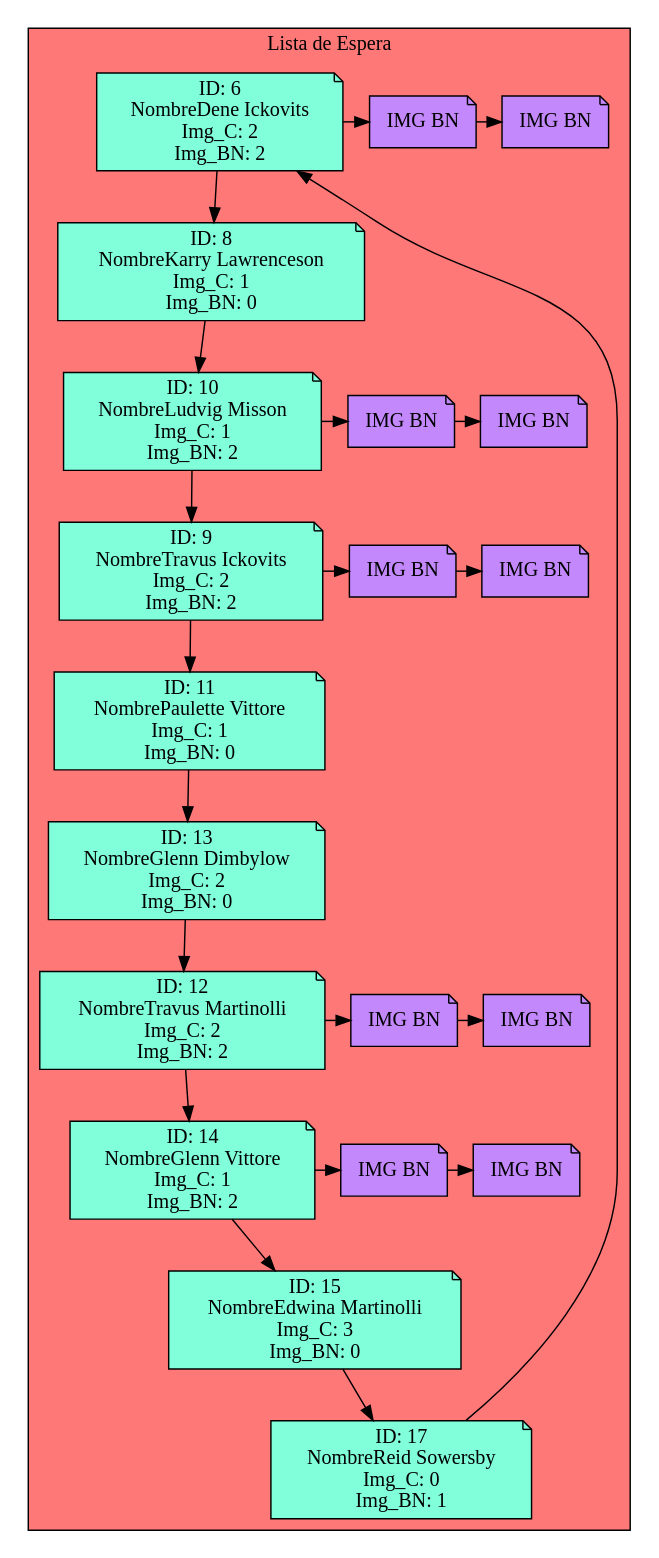
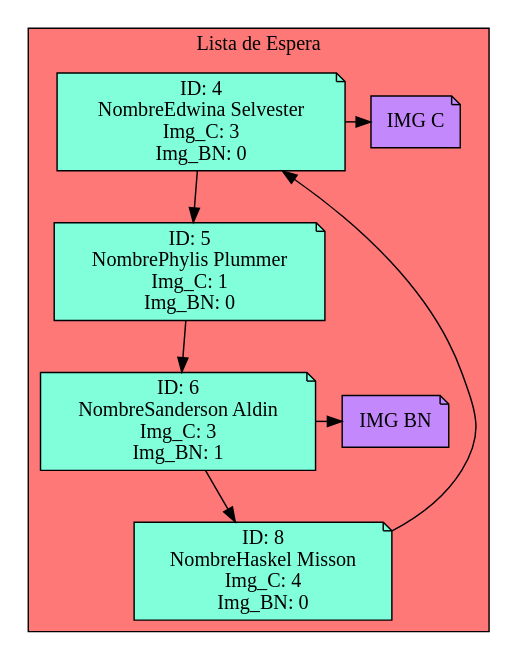
One commit to Serch-ING/EDD_UDRAWING_202000119 changed the diagram in Circular_Doble_espera.dot. Above: the diagram before and after it, drawn with Graphviz. The commit also changed 14 other files, not shown here.

```diff
--- a/Circular_Doble_espera.dot
+++ b/Circular_Doble_espera.dot
@@ -1,86 +1,36 @@
 digraph L {
 node[shape=note fillcolor="#A181FF" style =filled]
 subgraph cluster_p{
     label= "Lista de Espera "
     bgcolor = "#FF7878"
-Nodo422396878[label="ID: 6
-NombreDene Ickovits
-Img_C: 2
-Img_BN: 2",fillcolor="#81FFDA"]
-Nodo306115458[label="ID: 8
-NombreKarry Lawrenceson
+Nodo1201484275[label="ID: 4
+NombreEdwina Selvester
+Img_C: 3
+Img_BN: 0",fillcolor="#81FFDA"]
+Nodo306115458[label="ID: 5
+NombrePhylis Plummer
 Img_C: 1
 Img_BN: 0",fillcolor="#81FFDA"]
-Nodo369049246[label="ID: 10
-NombreLudvig Misson
-Img_C: 1
-Img_BN: 2",fillcolor="#81FFDA"]
-Nodo1608297024[label="ID: 9
-NombreTravus Ickovits
-Img_C: 2
-Img_BN: 2",fillcolor="#81FFDA"]
-Nodo1002021887[label="ID: 11
-NombrePaulette Vittore
-Img_C: 1
+Nodo369049246[label="ID: 6
+NombreSanderson Aldin
+Img_C: 3
+Img_BN: 1",fillcolor="#81FFDA"]
+Nodo1666607455[label="ID: 8
+NombreHaskel Misson
+Img_C: 4
 Img_BN: 0",fillcolor="#81FFDA"]
-Nodo899644639[label="ID: 13
-NombreGlenn Dimbylow
-Img_C: 2
-Img_BN: 0",fillcolor="#81FFDA"]
-Nodo1337335626[label="ID: 12
-NombreTravus Martinolli
-Img_C: 2
-Img_BN: 2",fillcolor="#81FFDA"]
-Nodo1803669141[label="ID: 14
-NombreGlenn Vittore
-Img_C: 1
-Img_BN: 2",fillcolor="#81FFDA"]
-Nodo232307208[label="ID: 15
-NombreEdwina Martinolli
-Img_C: 3
-Img_BN: 0",fillcolor="#81FFDA"]
-Nodo762476028[label="ID: 17
-NombreReid Sowersby
-Img_C: 0
-Img_BN: 1",fillcolor="#81FFDA"]
 
-Nodo422396878 -> Nodo306115458
-Nodo422396878->Nodo42239687800001
-Nodo42239687800001[label="IMG BN",fillcolor="#C388FC"]Nodo42239687800001->Nodo42239687800002
-Nodo42239687800002[label="IMG BN",fillcolor="#C388FC"]
-{rank=same;Nodo422396878,Nodo42239687800001,Nodo42239687800002}
+Nodo1201484275 -> Nodo306115458
+Nodo1201484275->Nodo120148427511111
+Nodo120148427511111[label="IMG C",fillcolor="#C388FC"]
+{rank=same;Nodo1201484275,Nodo120148427511111}
 Nodo306115458 -> Nodo369049246
 
 {rank=same;Nodo306115458}
-Nodo369049246 -> Nodo1608297024
+Nodo369049246 -> Nodo1666607455
 Nodo369049246->Nodo36904924600001
-Nodo36904924600001[label="IMG BN",fillcolor="#C388FC"]Nodo36904924600001->Nodo36904924600002
-Nodo36904924600002[label="IMG BN",fillcolor="#C388FC"]
-{rank=same;Nodo369049246,Nodo36904924600001,Nodo36904924600002}
-Nodo1608297024 -> Nodo1002021887
-Nodo1608297024->Nodo160829702400001
-Nodo160829702400001[label="IMG BN",fillcolor="#C388FC"]Nodo160829702400001->Nodo160829702400002
-Nodo160829702400002[label="IMG BN",fillcolor="#C388FC"]
-{rank=same;Nodo1608297024,Nodo160829702400001,Nodo160829702400002}
-Nodo1002021887 -> Nodo899644639
+Nodo36904924600001[label="IMG BN",fillcolor="#C388FC"]
+{rank=same;Nodo369049246,Nodo36904924600001}
+Nodo1666607455 -> Nodo1201484275
 
-{rank=same;Nodo1002021887}
-Nodo899644639 -> Nodo1337335626
-
-{rank=same;Nodo899644639}
-Nodo1337335626 -> Nodo1803669141
-Nodo1337335626->Nodo133733562600001
-Nodo133733562600001[label="IMG BN",fillcolor="#C388FC"]Nodo133733562600001->Nodo133733562600002
-Nodo133733562600002[label="IMG BN",fillcolor="#C388FC"]
-{rank=same;Nodo1337335626,Nodo133733562600001,Nodo133733562600002}
-Nodo1803669141 -> Nodo232307208
-Nodo1803669141->Nodo180366914100001
-Nodo180366914100001[label="IMG BN",fillcolor="#C388FC"]Nodo180366914100001->Nodo180366914100002
-Nodo180366914100002[label="IMG BN",fillcolor="#C388FC"]
-{rank=same;Nodo1803669141,Nodo180366914100001,Nodo180366914100002}
-Nodo232307208 -> Nodo762476028
-
-{rank=same;Nodo232307208}
-Nodo762476028 -> Nodo422396878
-
-{rank=same;Nodo762476028}}}
+{rank=same;Nodo1666607455}}}
```
